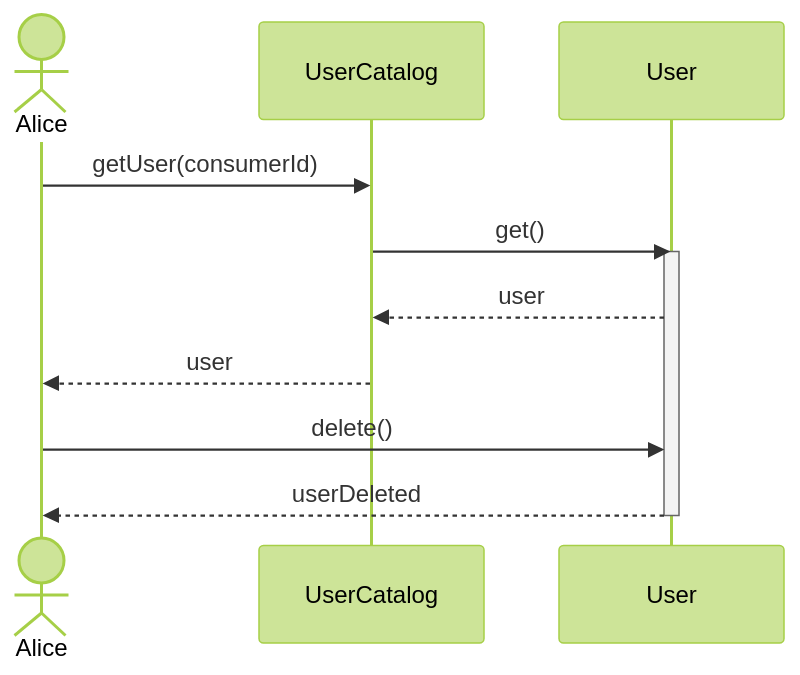
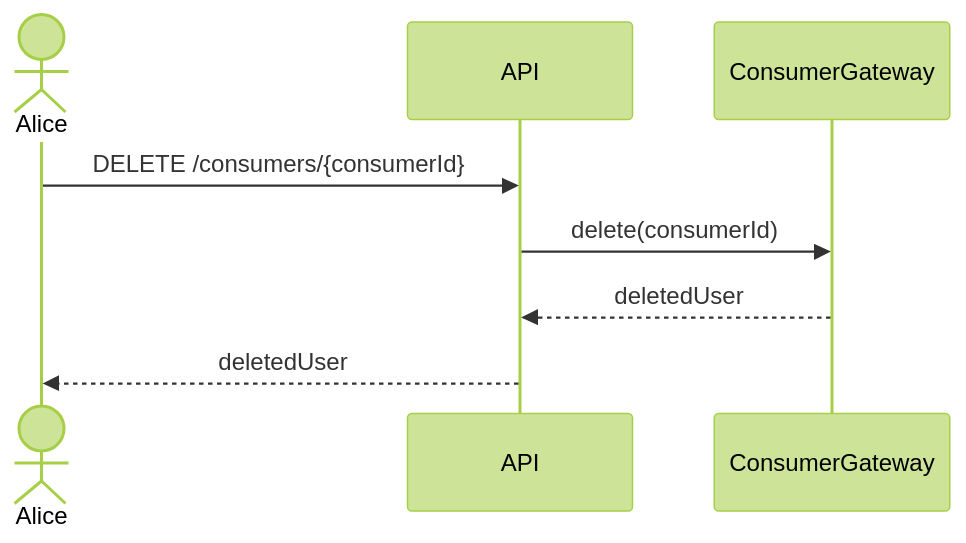
One commit to hivetown/planning changed the tenth of 32 diagrams in sequence.md. Above: the diagram before and after it, drawn with Mermaid (forest theme). The commit also changed other lines of this file, not shown here.

Commit message:
diagramas de sequência

````diff
--- a/sequence.md
+++ b/sequence.md
@@ -314,15 +319,11 @@
 ```mermaid
 sequenceDiagram
     actor A as Alice
-    participant UC as UserCatalog
-    participant U as User
+    participant API
+    participant CG as ConsumerGateway
 
-    A ->> UC: getUser(consumerId)
-    UC ->> U: get()
-    activate U
-    U -->> UC: user
-    UC -->> A: user
-    A ->> U: delete()
-    U -->> A: userDeleted
-    deactivate U
+    A ->> API: DELETE /consumers/{consumerId}
+    API ->> CG: delete(consumerId)
+    CG -->> API: deletedUser
+    API -->> A: deletedUser
 ```
````
